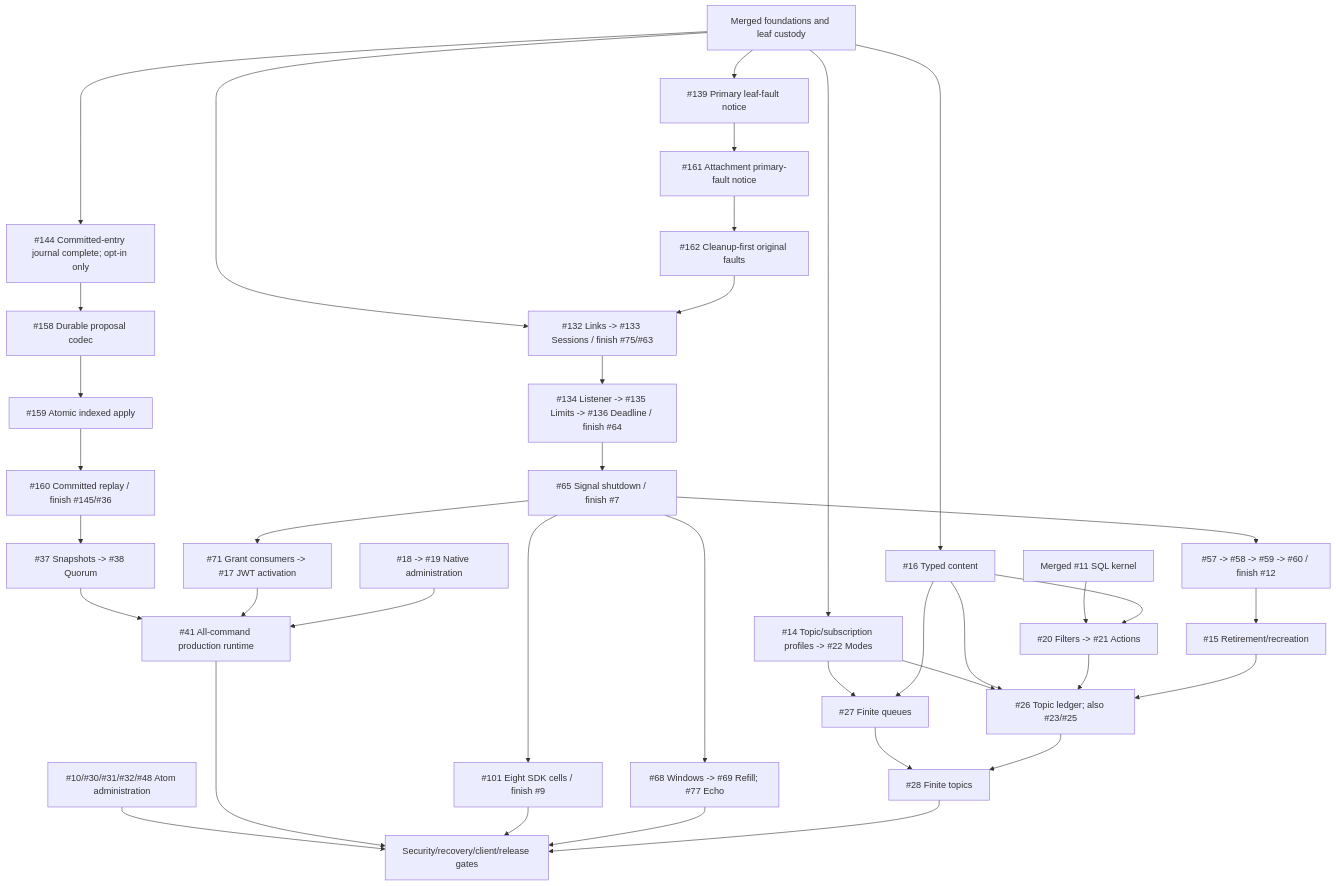
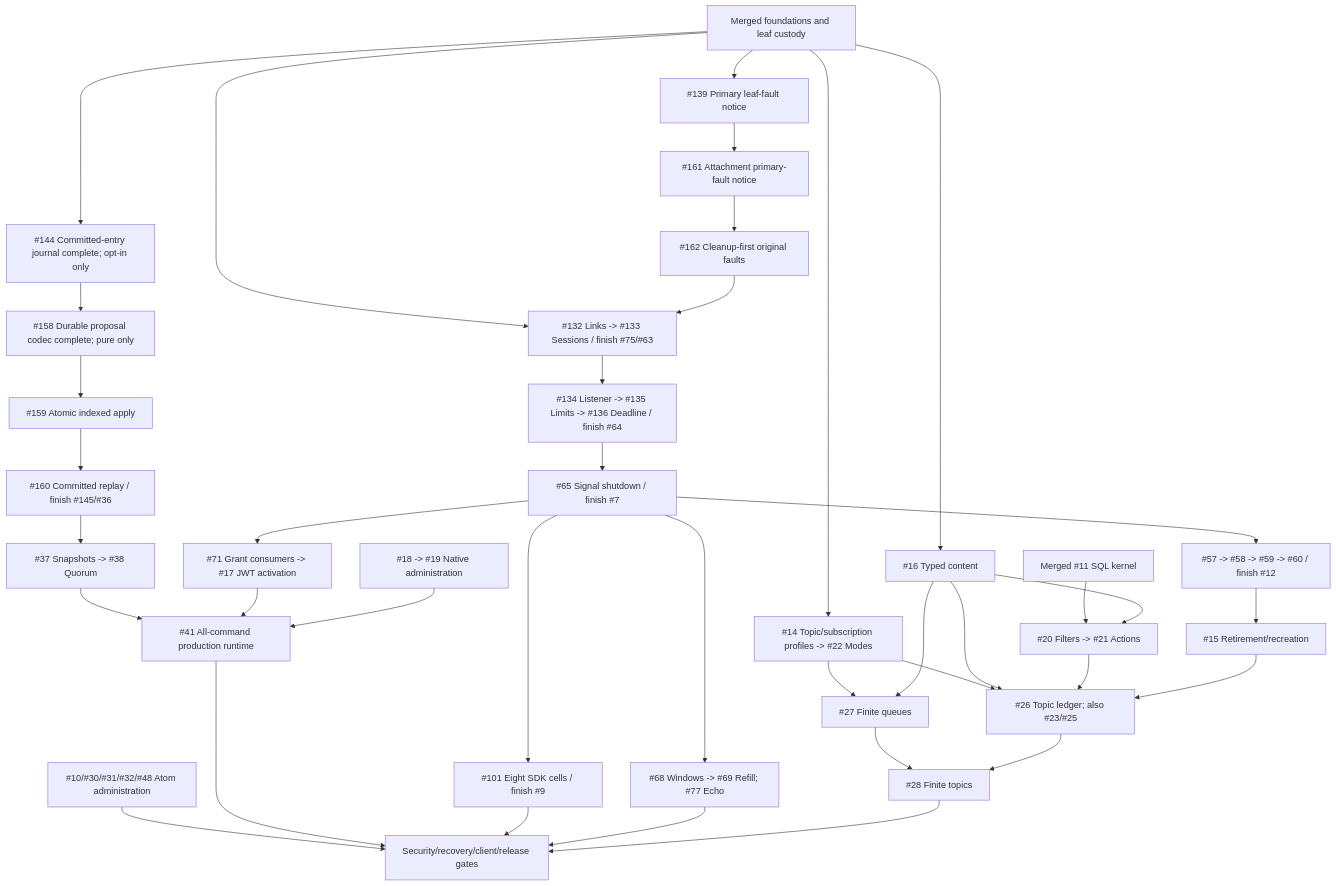
One commit to DeandreT/switchyard changed the diagram in docs/roadmap.md. Above: the diagram before and after it, drawn with Mermaid. The commit also changed other lines of this file and 7 other files, not shown here.

First line of the commit message:
feat(domain): freeze durable proposal intent

````diff
--- a/docs/roadmap.md
+++ b/docs/roadmap.md
@@ -64,40 +65,40 @@
 ```mermaid
 flowchart TD
     Main["Merged foundations and leaf custody"] --> Fault["#139 Primary leaf-fault notice"]
     Main --> Trees
     Fault --> AttachFault["#161 Attachment primary-fault notice"]
     AttachFault --> DrainFault["#162 Cleanup-first original faults"]
     DrainFault --> Trees["#132 Links -> #133 Sessions / finish #75/#63"]
     Trees --> Admission["#134 Listener -> #135 Limits -> #136 Deadline / finish #64"]
     Admission --> Signals["#65 Signal shutdown / finish #7"]
     Signals --> Authority["#57 -> #58 -> #59 -> #60 / finish #12"]
     Authority --> Delete["#15 Retirement/recreation"]
     Signals --> Grants["#71 Grant consumers -> #17 JWT activation"]
     Signals --> Matrix["#101 Eight SDK cells / finish #9"]
     Signals --> Windows["#68 Windows -> #69 Refill; #77 Echo"]
     Main --> Profiles["#14 Topic/subscription profiles -> #22 Modes"]
     Main --> Content["#16 Typed content"]
     Kernel["Merged #11 SQL kernel"] --> Rules["#20 Filters -> #21 Actions"]
     Content --> Rules
     Profiles --> Queue["#27 Finite queues"]
     Content --> Queue
     Profiles --> Ledger["#26 Topic ledger; also #23/#25"]
     Content --> Ledger
     Rules --> Ledger
     Delete --> Ledger
     Queue --> Topic["#28 Finite topics"]
     Ledger --> Topic
     Main --> Journal["#144 Committed-entry journal complete; opt-in only"]
-    Journal --> Proposal["#158 Durable proposal codec"]
+    Journal --> Proposal["#158 Durable proposal codec complete; pure only"]
     Proposal --> Checkpoint["#159 Atomic indexed apply"]
     Checkpoint --> Log["#160 Committed replay / finish #145/#36"]
     Log --> Snapshots["#37 Snapshots -> #38 Quorum"]
     Snapshots --> Runtime["#41 All-command production runtime"]
     Grants --> Runtime
     Admin["#18 -> #19 Native administration"] --> Runtime
     Atom["#10/#30/#31/#32/#48 Atom administration"] --> Gates
     Runtime --> Gates["Security/recovery/client/release gates"]
     Matrix --> Gates
     Windows --> Gates
     Topic --> Gates
 ```
````
